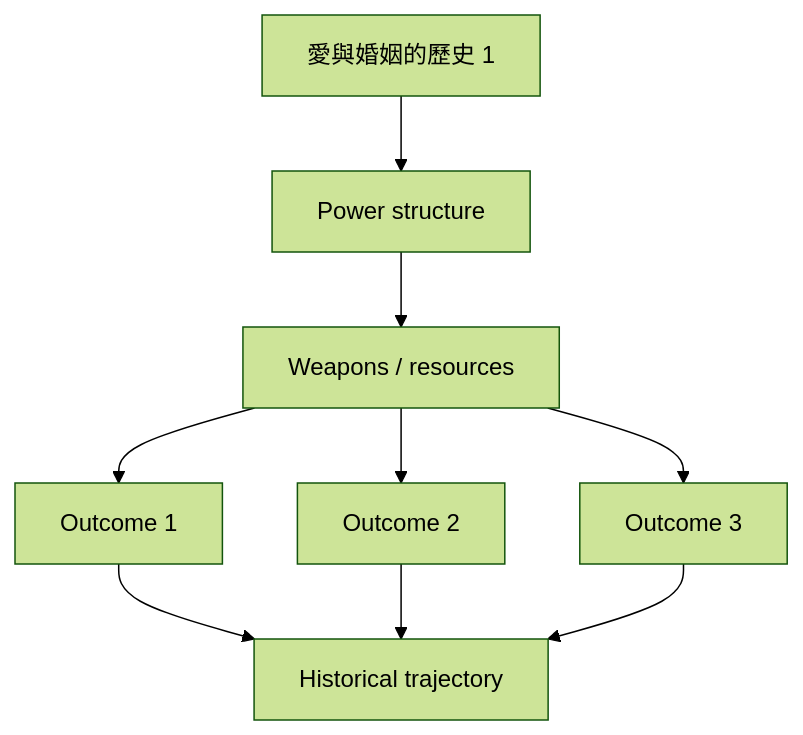
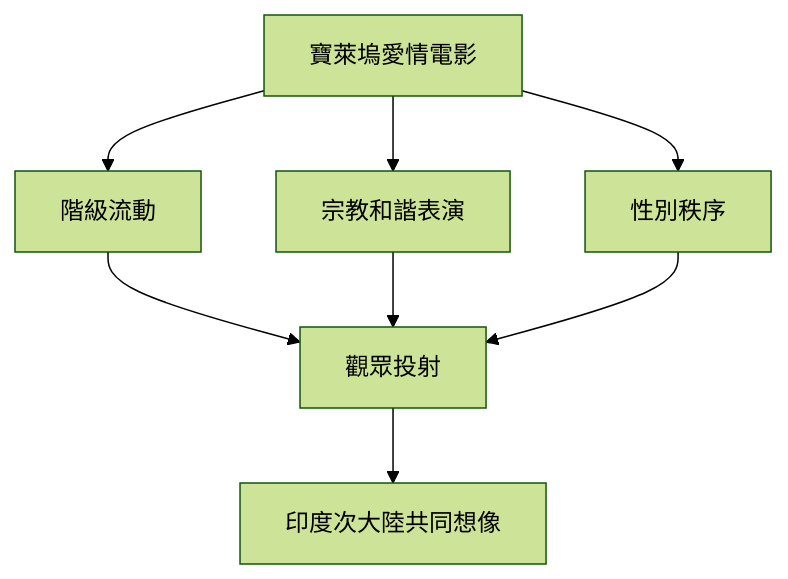
One commit to yip-lgtm/HKU-Harvard-History-Self-Study changed the third of 10 diagrams in 02_Harvard_Courses/Fall_Courses/Hist137_History_of_Love.md. Above: the diagram before and after it, drawn with Mermaid (forest theme). The commit also changed other lines of this file and 65 other files, not shown here.

````diff
--- a/02_Harvard_Courses/Fall_Courses/Hist137_History_of_Love.md
+++ b/02_Harvard_Courses/Fall_Courses/Hist137_History_of_Love.md
@@ -187,11 +183,10 @@
 ```mermaid
 graph TD
-    A[愛與婚姻的歷史 1] --> B[Power structure]
-    B --> C[Weapons / resources]
-    C --> D[Outcome 1]
-    C --> E[Outcome 2]
-    C --> F[Outcome 3]
-    D --> G[Historical trajectory]
-    E --> G
-    F --> G
+    A[寶萊塢愛情電影] --> B[階級流動]
+    A --> C[宗教和諧表演]
+    A --> D[性別秩序]
+    B --> E[觀眾投射]
+    C --> E
+    D --> E
+    E --> F[印度次大陸共同想像]
 ```
````
